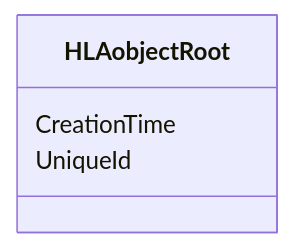
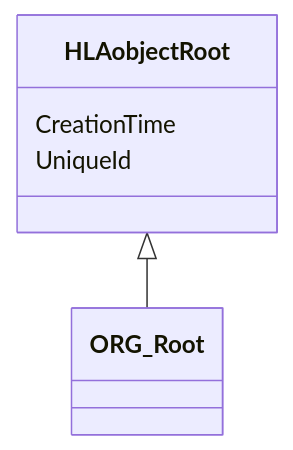
The first of 2 diagrams in NETN-BASE.md (AMSP-04/NETN-BASE), drawn with Mermaid before and after one commit.

````diff
--- a/NETN-BASE.md
+++ b/NETN-BASE.md
@@ -39,6 +39,6 @@
 ```mermaid
 classDiagram
-
+HLAobjectRoot <|-- ORG_Root
 HLAobjectRoot : CreationTime
 HLAobjectRoot : UniqueId
 ```
````
